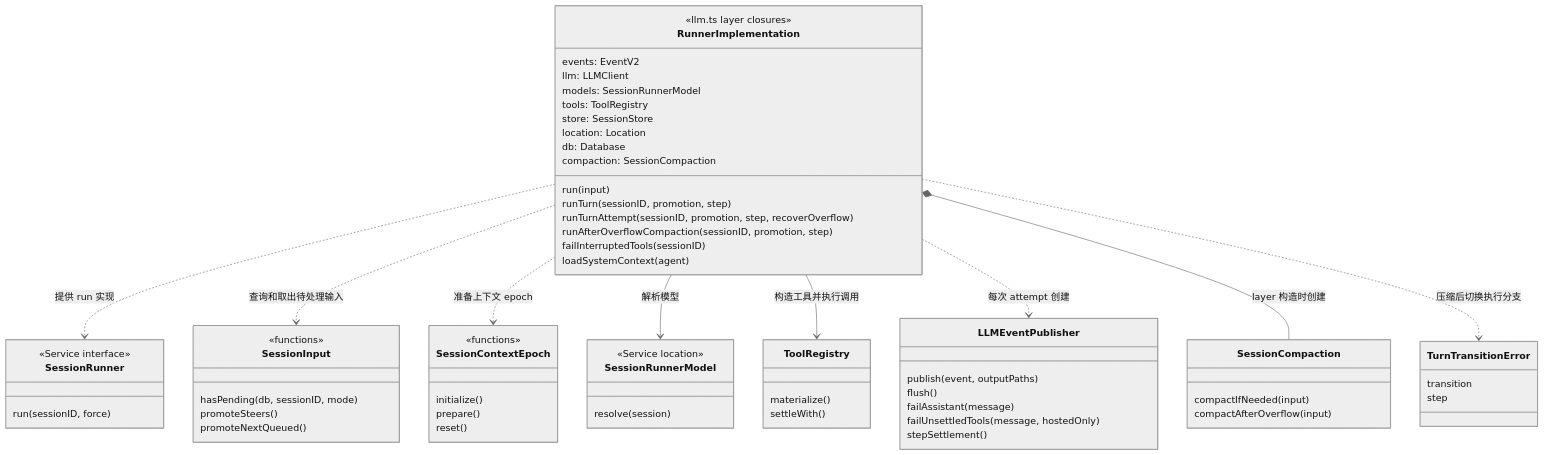
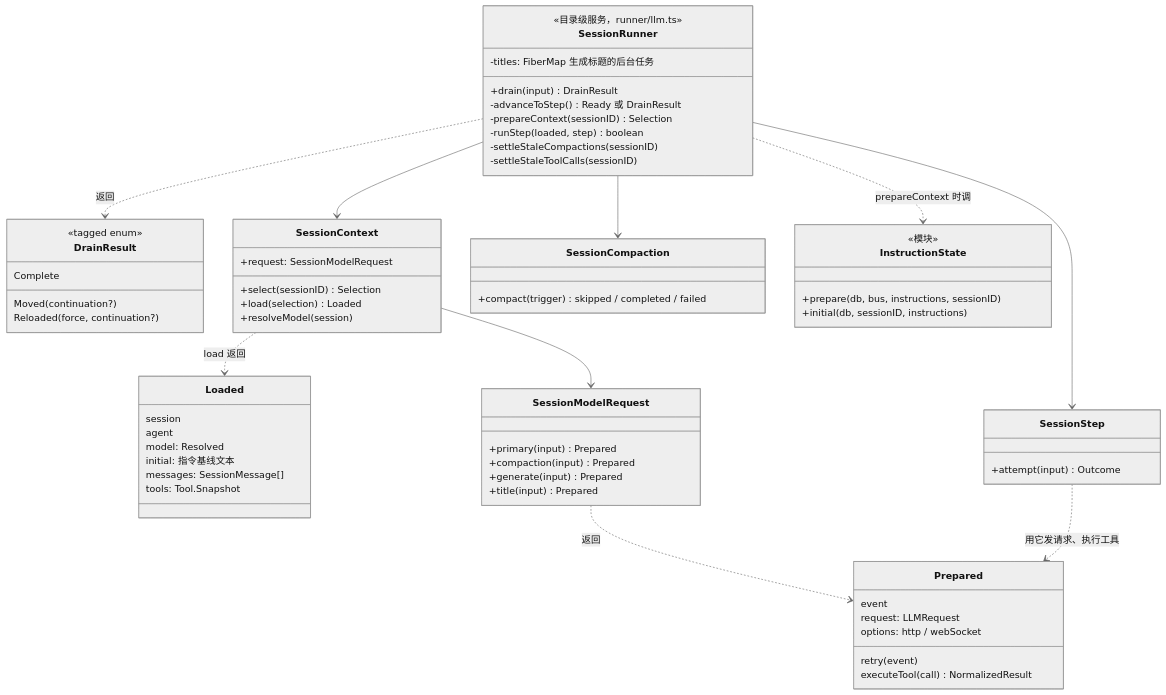
The sixth of 13 diagrams in src/content/post/agents-opencode/index.md (nickqiaoo/nickqiaoo.github.io), drawn with Mermaid (neutral theme) before and after one commit. The commit also changed other lines of this file and 1 other file, not shown here.

````diff
--- a/src/content/post/agents-opencode/index.md
+++ b/src/content/post/agents-opencode/index.md
@@ -367,68 +368,66 @@
 ```mermaid
 classDiagram
-  direction TB
   class SessionRunner {
-    <<Service interface>>
-    run(sessionID, force)
+    <<目录级服务，runner/llm.ts>>
+    -titles: FiberMap 生成标题的后台任务
+    +drain(input) DrainResult
+    -advanceToStep() Ready 或 DrainResult
+    -prepareContext(sessionID) Selection
+    -runStep(loaded, step) boolean
+    -settleStaleCompactions(sessionID)
+    -settleStaleToolCalls(sessionID)
   }
-  class RunnerImplementation {
-    <<llm.ts layer closures>>
-    events: EventV2
-    llm: LLMClient
-    models: SessionRunnerModel
-    tools: ToolRegistry
-    store: SessionStore
-    location: Location
-    db: Database
-    compaction: SessionCompaction
-    run(input)
-    runTurn(sessionID, promotion, step)
-    runTurnAttempt(sessionID, promotion, step, recoverOverflow)
-    runAfterOverflowCompaction(sessionID, promotion, step)
-    failInterruptedTools(sessionID)
-    loadSystemContext(agent)
+  class DrainResult {
+    <<tagged enum>>
+    Complete
+    Moved(continuation?)
+    Reloaded(force, continuation?)
   }
-  class SessionInput {
-    <<functions>>
-    hasPending(db, sessionID, mode)
-    promoteSteers()
-    promoteNextQueued()
+  class SessionContext {
+    +select(sessionID) Selection
+    +load(selection) Loaded
+    +resolveModel(session)
+    +request: SessionModelRequest
   }
-  class SessionContextEpoch {
-    <<functions>>
-    initialize()
-    prepare()
-    reset()
+  class Loaded {
+    session
+    agent
+    model: Resolved
+    initial: 指令基线文本
+    messages: SessionMessage[]
+    tools: Tool.Snapshot
   }
-  class SessionRunnerModel {
-    <<Service location>>
-    resolve(session)
+  class SessionModelRequest {
+    +primary(input) Prepared
+    +compaction(input) Prepared
+    +generate(input) Prepared
+    +title(input) Prepared
   }
-  class ToolRegistry {
-    materialize()
-    settleWith()
+  class Prepared {
+    event
+    request: LLMRequest
+    options: http / webSocket
+    retry(event)
+    executeTool(call) NormalizedResult
   }
-  class LLMEventPublisher {
-    publish(event, outputPaths)
-    flush()
-    failAssistant(message)
-    failUnsettledTools(message, hostedOnly)
-    stepSettlement()
+  class SessionStep {
+    +attempt(input) Outcome
   }
   class SessionCompaction {
-    compactIfNeeded(input)
-    compactAfterOverflow(input)
+    +compact(trigger) skipped / completed / failed
   }
-  class TurnTransitionError {
-    transition
-    step
+  class InstructionState {
+    <<模块>>
+    +prepare(db, bus, instructions, sessionID)
+    +initial(db, sessionID, instructions)
   }
-  RunnerImplementation ..> SessionRunner : 提供 run 实现
-  RunnerImplementation ..> SessionInput : 查询和取出待处理输入
-  RunnerImplementation ..> SessionContextEpoch : 准备上下文 epoch
-  RunnerImplementation --> SessionRunnerModel : 解析模型
-  RunnerImplementation --> ToolRegistry : 构造工具并执行调用
-  RunnerImplementation ..> LLMEventPublisher : 每次 attempt 创建
-  RunnerImplementation *-- SessionCompaction : layer 构造时创建
-  RunnerImplementation ..> TurnTransitionError : 压缩后切换执行分支
+  SessionRunner ..> DrainResult : 返回
+  SessionRunner --> SessionContext
+  SessionRunner --> SessionStep
+  SessionRunner --> SessionCompaction
+  SessionRunner ..> InstructionState : prepareContext 时调
+  SessionContext ..> Loaded : load 返回
+  SessionContext --> SessionModelRequest
+  SessionModelRequest ..> Prepared : 返回
+  SessionStep ..> Prepared : 用它发请求、执行工具
 ```
````
